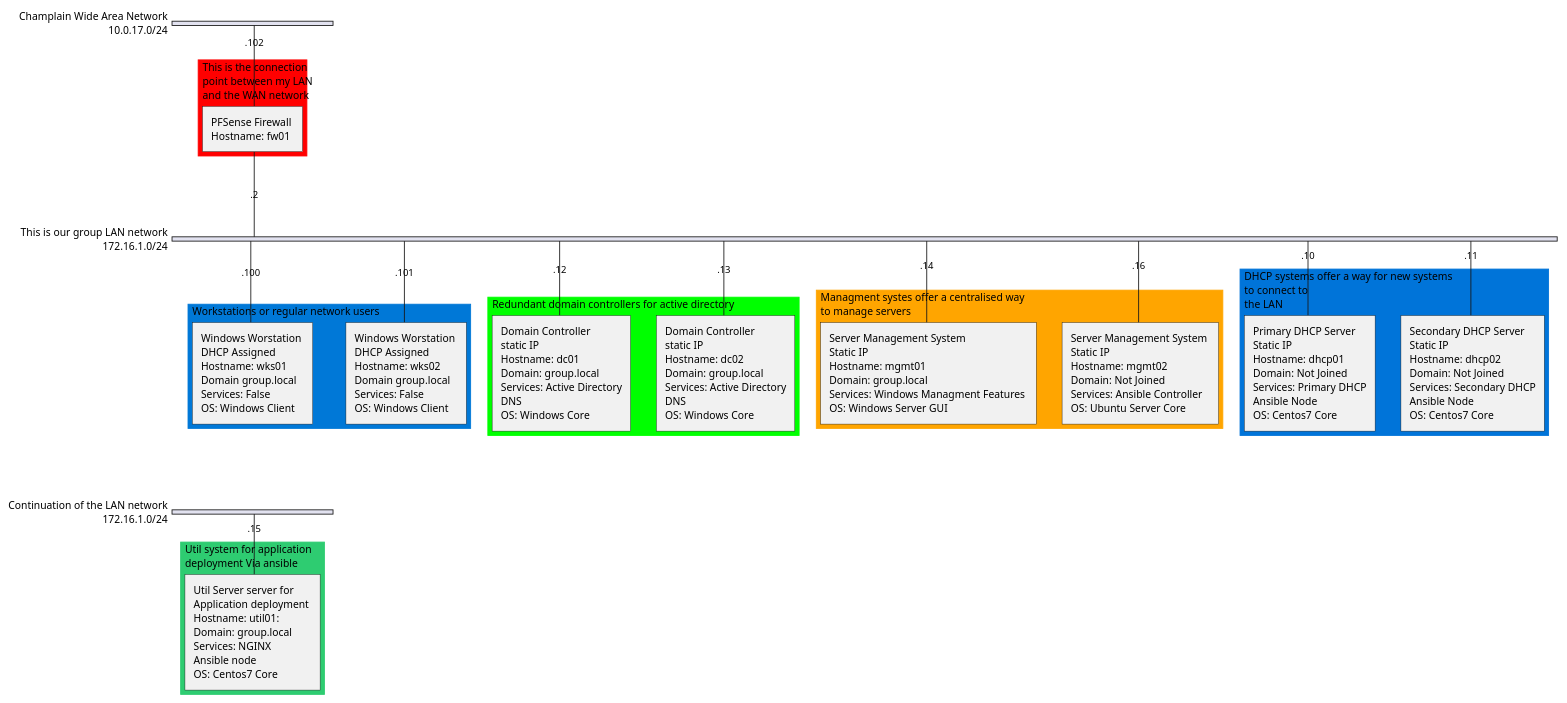
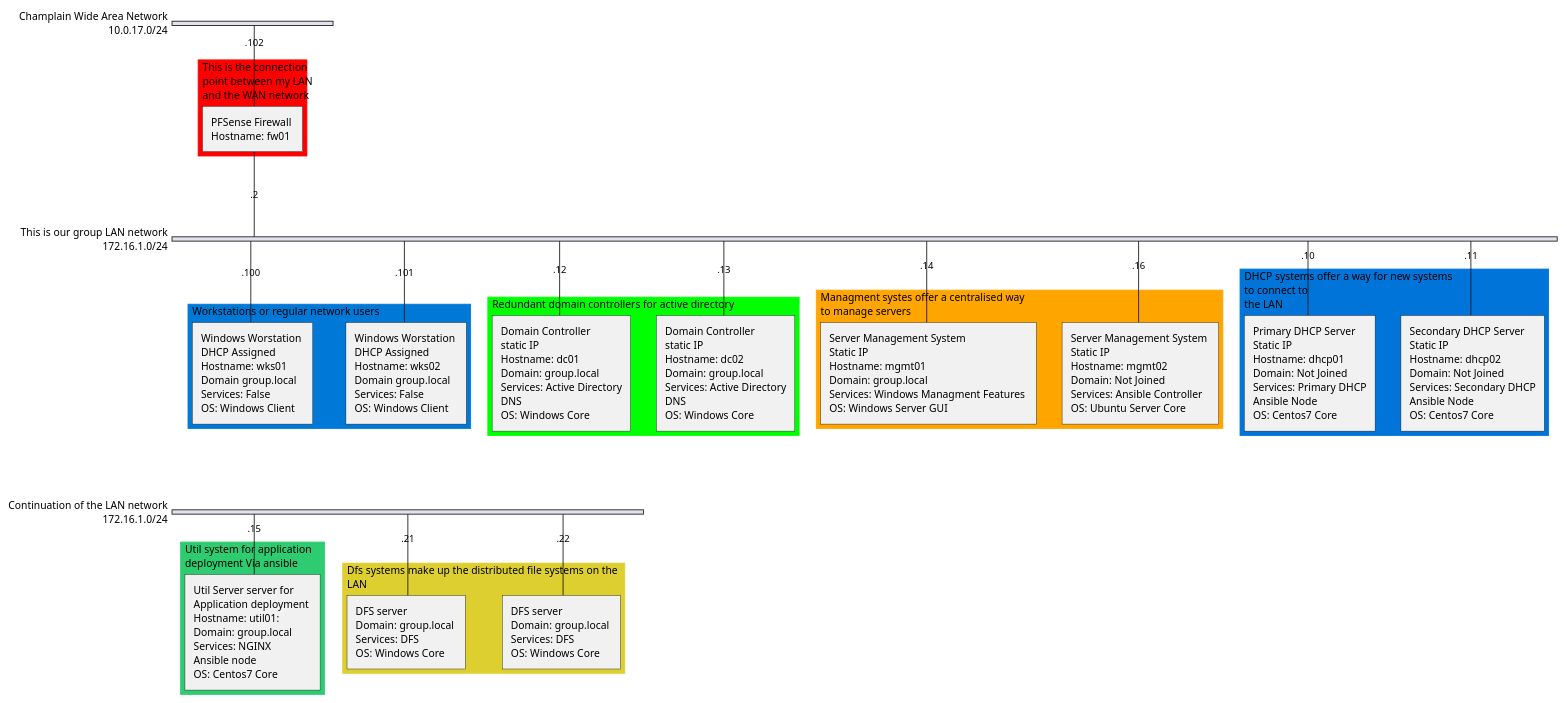
Before and after one commit to AminDaoudi/Final-Project: the diagram in milestone1_diagram.plantuml, drawn with PlantUML.

Commit message:
Added dfs entries

```diff
--- a/milestone1_diagram.plantuml
+++ b/milestone1_diagram.plantuml
@@ -1,71 +1,80 @@
 @startuml Working Network Diagram
 skinparam backgroundColor ##F0F0F0
 
 nwdiag {
     
     network WAN {
         address = 10.0.17.0/24
         description = "Champlain Wide Area Network"
 
         // define group
         group firewall {
             color = "#FF0000";
             fw01 [address = ".102", description = "PFSense Firewall \nHostname: fw01 "]
             description = "This is the connection \npoint between my LAN \nand the WAN network"
 
         }
     }
     network LAN1 {
         address = 172.16.1.0/24
         description = "This is our group LAN network"
         fw01 [address = ".2"]
 
         // define group
         group workstations {
             description = "Workstations or regular network users"
             color = "#0078D7";
             wks01 [address = ".100", description = "Windows Worstation \nDHCP Assigned \nHostname: wks01 \nDomain group.local \nServices: False \nOS: Windows Client"]
             wks02 [address = ".101", description = "Windows Worstation \nDHCP Assigned \nHostname: wks02 \nDomain group.local \nServices: False \nOS: Windows Client"]
         }
         // define group
         group domaincontrollers {
             description = "Redundant domain controllers for active directory"
             color = "#00FF00";
             dc01 [address = ".12", description = "Domain Controller \nstatic IP \nHostname: dc01 \nDomain: group.local \nServices: Active Directory, DNS \nOS: Windows Core"]
             dc02 [address = ".13", description = "Domain Controller \nstatic IP \nHostname: dc02 \nDomain: group.local \nServices: Active Directory, DNS \nOS: Windows Core"]
 
         }
         // define group 
         group managmentsystems {
             description = "Managment systes offer a centralised way \nto manage servers"
             color = "#FFA500";
             mgmt01 [address = ".14", description = "Server Management System \nStatic IP \nHostname: mgmt01 \nDomain: group.local \nServices: Windows Managment Features \nOS: Windows Server GUI"]
             mgmt02 [address = ".16", description = "Server Management System \nStatic IP \nHostname: mgmt02 \nDomain: Not Joined \nServices: Ansible Controller \nOS: Ubuntu Server Core"]
         }
         // define group
         group dhcpsystems {
             description = "DHCP systems offer a way for new systems \nto connect to \nthe LAN"
             color = "#0074D9";
             dhcp01 [address = ".10", description = "Primary DHCP Server \nStatic IP \nHostname: dhcp01 \nDomain: Not Joined \nServices: Primary DHCP, Ansible Node \nOS: Centos7 Core"]
             dhcp02 [address = ".11", description = "Secondary DHCP Server \nStatic IP \nHostname: dhcp02 \nDomain: Not Joined \nServices: Secondary DHCP, Ansible Node \nOS: Centos7 Core"]
 
         }
         
     }
     network LAN2 {
         address = 172.16.1.0/24
         description = "Continuation of the LAN network"
 
 
         // define group 
         group util {
             description = "Util system for application \ndeployment Via ansible"
             color = "#2ECC71";
             util01 [address = ".15", description = "Util Server server for \nApplication deployment \nHostname: util01: \nDomain: group.local \nServices: NGINX, Ansible node \nOS: Centos7 Core"]
         }
+        // define group
+        group dfs {
+            description = "Dfs systems make up the distributed file systems on the \nLAN"
+            color = "#decf31";
+            dfs01 [address =".21", description = "DFS server \nDomain: group.local \nServices: DFS \nOS: Windows Core"]
+            dfs02 [address =".22", description = "DFS server \nDomain: group.local \nServices: DFS \nOS: Windows Core"]
+
+
+        }
     }
 
     
 }
 
 @enduml
```
